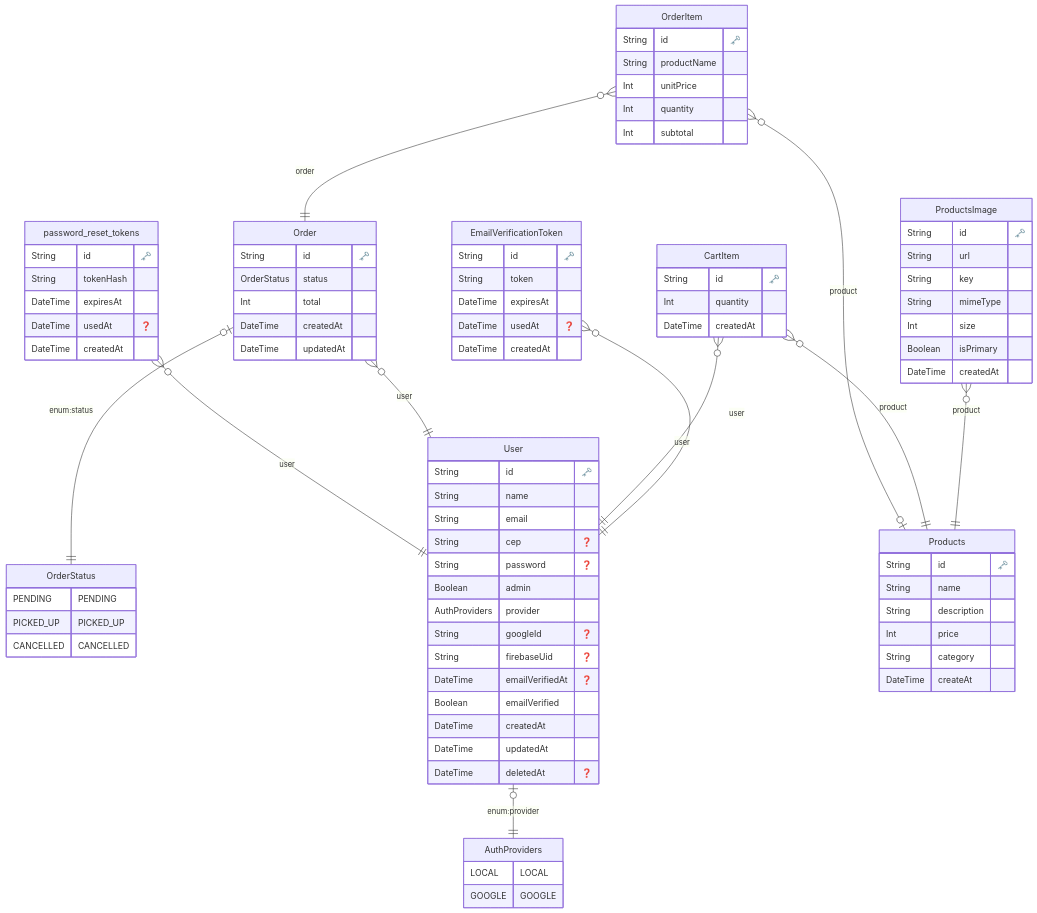
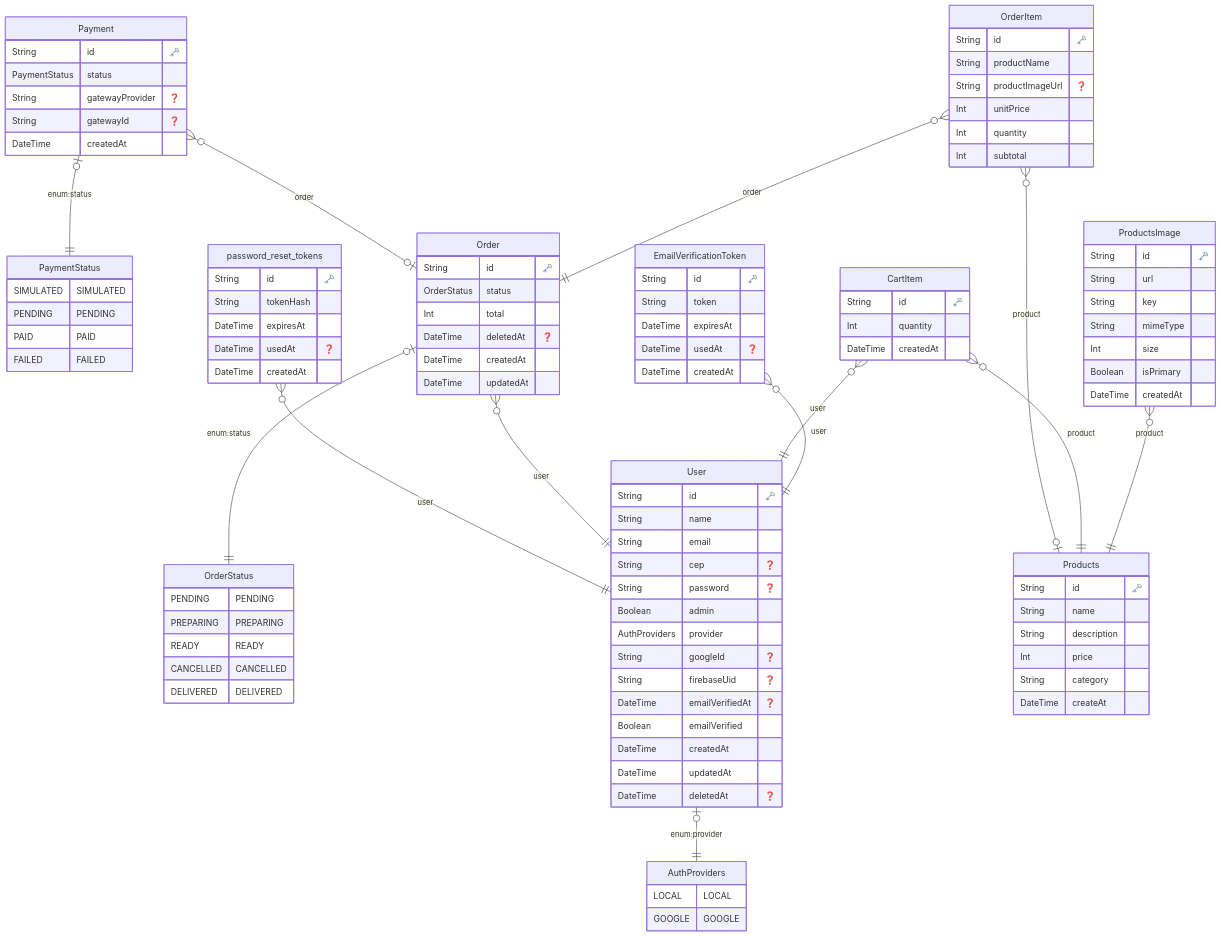
Before and after one commit to DevWesleyMedeiros/casa-do-hamburger: the diagram in back-end/docs/architecture/ERD.md, drawn with Mermaid. The commit also changed 5 other files, not shown here.

Commit message:
feat(order): evolves OrderStatus to 5 states and adds model Payment (RF-34, RN-ORDER)

````diff
--- a/back-end/docs/architecture/ERD.md
+++ b/back-end/docs/architecture/ERD.md
@@ -10,8 +10,19 @@
 
         OrderStatus {
             PENDING PENDING
-PICKED_UP PICKED_UP
+PREPARING PREPARING
+READY READY
 CANCELLED CANCELLED
+DELIVERED DELIVERED
+        }
+    
+
+
+        PaymentStatus {
+            SIMULATED SIMULATED
+PENDING PENDING
+PAID PAID
+FAILED FAILED
         }
     
   "User" {
@@ -73,6 +84,7 @@
     String id "🗝️"
     OrderStatus status 
     Int total 
+    DateTime deletedAt "❓"
     DateTime createdAt 
     DateTime updatedAt 
     }
@@ -81,9 +93,19 @@
   "OrderItem" {
     String id "🗝️"
     String productName 
+    String productImageUrl "❓"
     Int unitPrice 
     Int quantity 
     Int subtotal 
+    }
+  
+
+  "Payment" {
+    String id "🗝️"
+    PaymentStatus status 
+    String gatewayProvider "❓"
+    String gatewayId "❓"
+    DateTime createdAt 
     }
   
 
@@ -104,5 +126,7 @@
     "Order" |o--|| "OrderStatus" : "enum:status"
     "OrderItem" }o--|| "Order" : "order"
     "OrderItem" }o--|o "Products" : "product"
+    "Payment" }o--|o "Order" : "order"
+    "Payment" |o--|| "PaymentStatus" : "enum:status"
     "password_reset_tokens" }o--|| "User" : "user"
 ```
````
